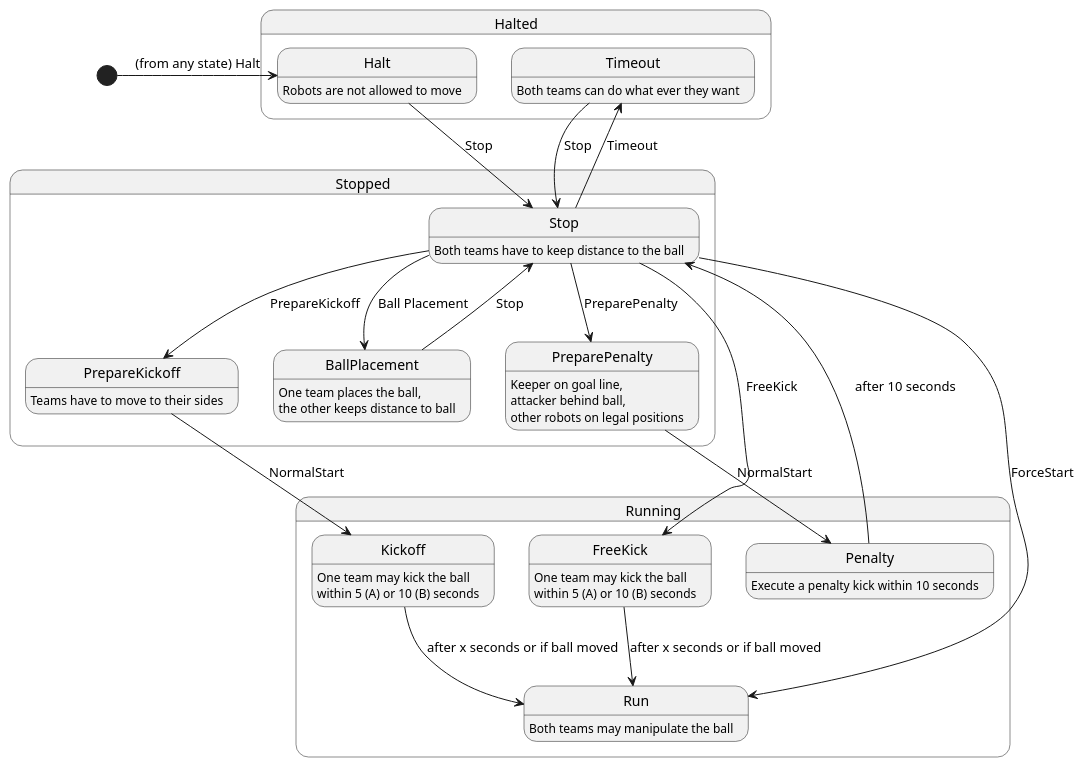
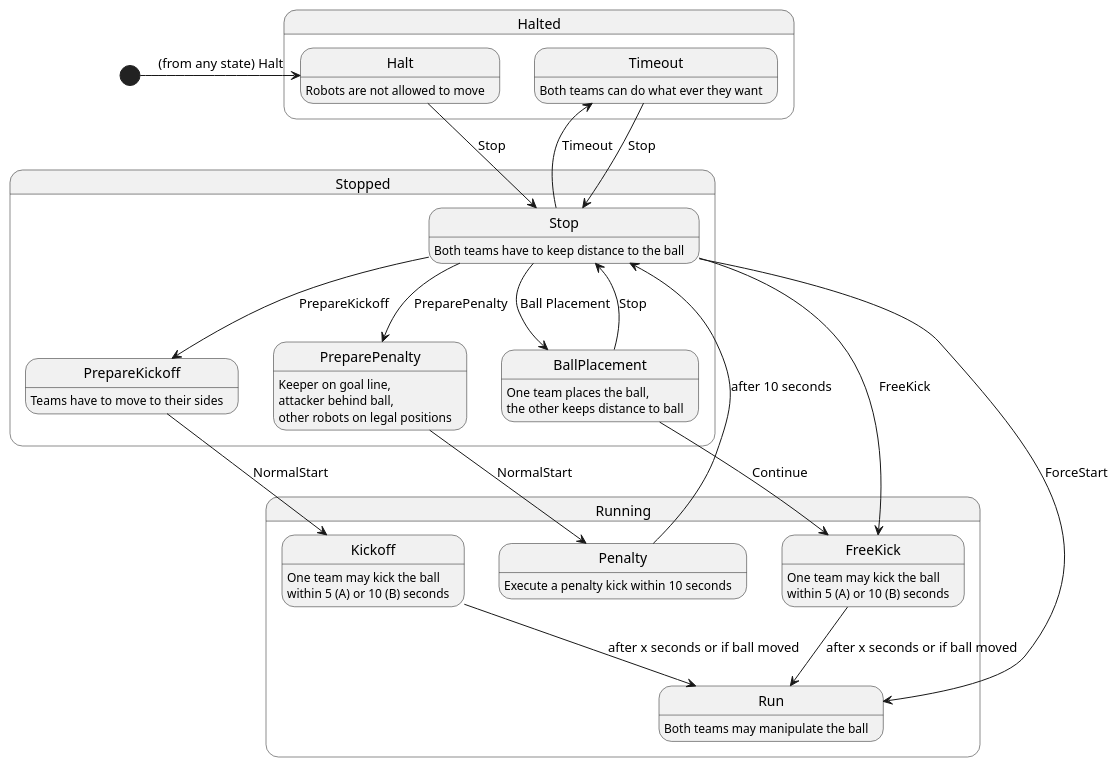
One commit to RoboCup-SSL/ssl-rules changed the diagram in chapters/appendix.adoc. Above: the diagram before and after it, drawn with PlantUML.

Commit message:
Fix appendix: Add connection from Ball Placement to Free Kick

```diff
--- a/chapters/appendix.adoc
+++ b/chapters/appendix.adoc
@@ -9,66 +9,67 @@
 [plantuml, target=game-states, format=svg]
 ....
 @startuml
 state Halted {
     state Halt {
     }
     state Timeout {
     }
 }
 
 state Stopped {
     state Stop {
     }
     state BallPlacement {
     }
     state PrepareKickoff {
     }
     state PreparePenalty {
     }
 }
 
 state Running {
     state Run {
     }
     state FreeKick {
     }
     state Kickoff {
     }
     state Penalty {
     }
 }
 
 Halt: Robots are not allowed to move
 Timeout: Both teams can do what ever they want
 Stop: Both teams have to keep distance to the ball
 PrepareKickoff: Teams have to move to their sides
 BallPlacement: One team places the ball,\nthe other keeps distance to ball
 PreparePenalty: Keeper on goal line,\nattacker behind ball,\nother robots on legal positions
 Kickoff: One team may kick the ball\nwithin 5 (A) or 10 (B) seconds
 FreeKick: One team may kick the ball\nwithin 5 (A) or 10 (B) seconds
 Penalty: Execute a penalty kick within 10 seconds
 Run: Both teams may manipulate the ball
 
 [*] -> Halt: (from any state) Halt
 
 Halt --> Stop: Stop
 Stop --> Timeout: Timeout
 Timeout --> Stop: Stop
 
 Stop --> BallPlacement: Ball Placement
 BallPlacement --> Stop: Stop
+BallPlacement --> FreeKick: Continue
 
 Stop --> PrepareKickoff: PrepareKickoff
 PrepareKickoff --> Kickoff: NormalStart
 Kickoff --> Run: after x seconds or if ball moved
 
 Stop --> FreeKick: FreeKick
 FreeKick --> Run: after x seconds or if ball moved
 
 Stop --> Run: ForceStart
 
 Stop --> PreparePenalty: PreparePenalty
 PreparePenalty --> Penalty: NormalStart
 Penalty --> Stop: after 10 seconds
 @enduml
 ....
```
